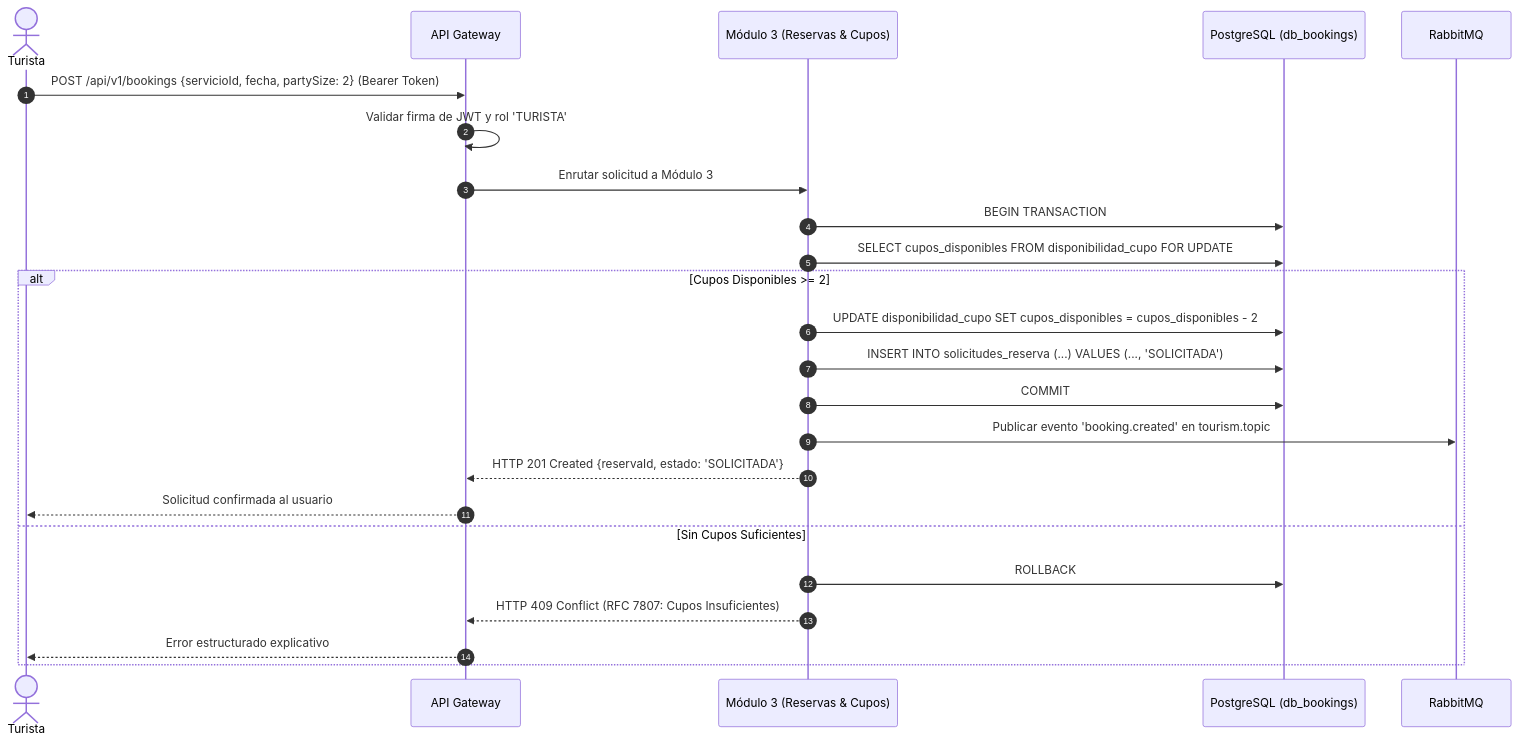
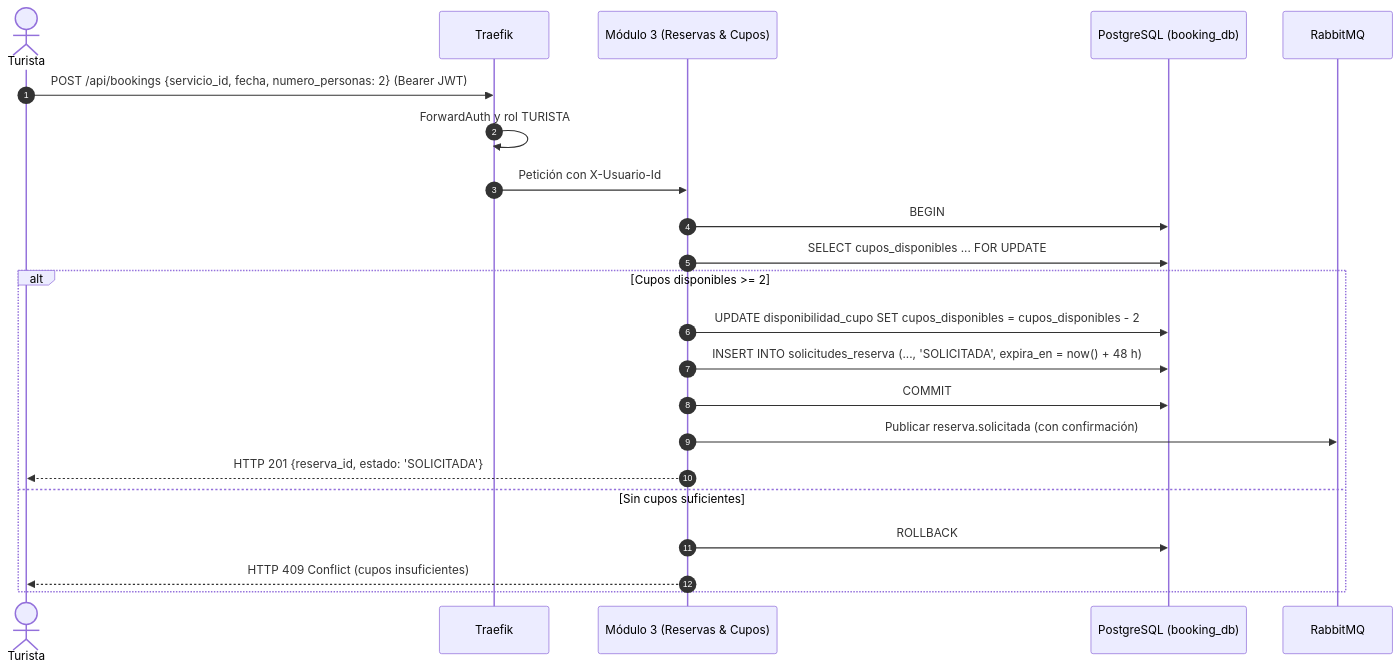
One commit to luifdo/Tourism changed the third of 6 diagrams in Documents/Pages/Plan_de_Implementacion.md. Above: the diagram before and after it, drawn with Mermaid. The commit also changed other lines of this file and 5 other files, not shown here.

````diff
--- a/Documents/Pages/Plan_de_Implementacion.md
+++ b/Documents/Pages/Plan_de_Implementacion.md
@@ -531,27 +622,25 @@
 ```mermaid
 sequenceDiagram
     autonumber
     actor Tur as Turista
-    participant GW as API Gateway
+    participant GW as Traefik
     participant Book as Módulo 3 (Reservas & Cupos)
-    participant DB as PostgreSQL (db_bookings)
+    participant DB as PostgreSQL (booking_db)
     participant Broker as RabbitMQ
 
-    Tur->>GW: POST /api/v1/bookings {servicioId, fecha, partySize: 2} (Bearer Token)
-    GW->>GW: Validar firma de JWT y rol 'TURISTA'
-    GW->>Book: Enrutar solicitud a Módulo 3
-    Book->>DB: BEGIN TRANSACTION;
-    Book->>DB: SELECT cupos_disponibles FROM disponibilidad_cupo FOR UPDATE;
-    alt Cupos Disponibles >= 2
-        Book->>DB: UPDATE disponibilidad_cupo SET cupos_disponibles = cupos_disponibles - 2;
-        Book->>DB: INSERT INTO solicitudes_reserva (...) VALUES (..., 'SOLICITADA');
-        Book->>DB: COMMIT;
-        Book->>Broker: Publicar evento 'booking.created' en tourism.topic
-        Book-->>GW: HTTP 201 Created {reservaId, estado: 'SOLICITADA'}
-        GW-->>Tur: Solicitud confirmada al usuario
-    else Sin Cupos Suficientes
-        Book->>DB: ROLLBACK;
-        Book-->>GW: HTTP 409 Conflict (RFC 7807: Cupos Insuficientes)
-        GW-->>Tur: Error estructurado explicativo
+    Tur->>GW: POST /api/bookings {servicio_id, fecha, numero_personas: 2} (Bearer JWT)
+    GW->>GW: ForwardAuth y rol TURISTA
+    GW->>Book: Petición con X-Usuario-Id
+    Book->>DB: BEGIN
+    Book->>DB: SELECT cupos_disponibles ... FOR UPDATE
+    alt Cupos disponibles >= 2
+        Book->>DB: UPDATE disponibilidad_cupo SET cupos_disponibles = cupos_disponibles - 2
+        Book->>DB: INSERT INTO solicitudes_reserva (..., 'SOLICITADA', expira_en = now() + 48 h)
+        Book->>DB: COMMIT
+        Book->>Broker: Publicar reserva.solicitada (con confirmación)
+        Book-->>Tur: HTTP 201 {reserva_id, estado: 'SOLICITADA'}
+    else Sin cupos suficientes
+        Book->>DB: ROLLBACK
+        Book-->>Tur: HTTP 409 Conflict (cupos insuficientes)
     end
 ```
````
